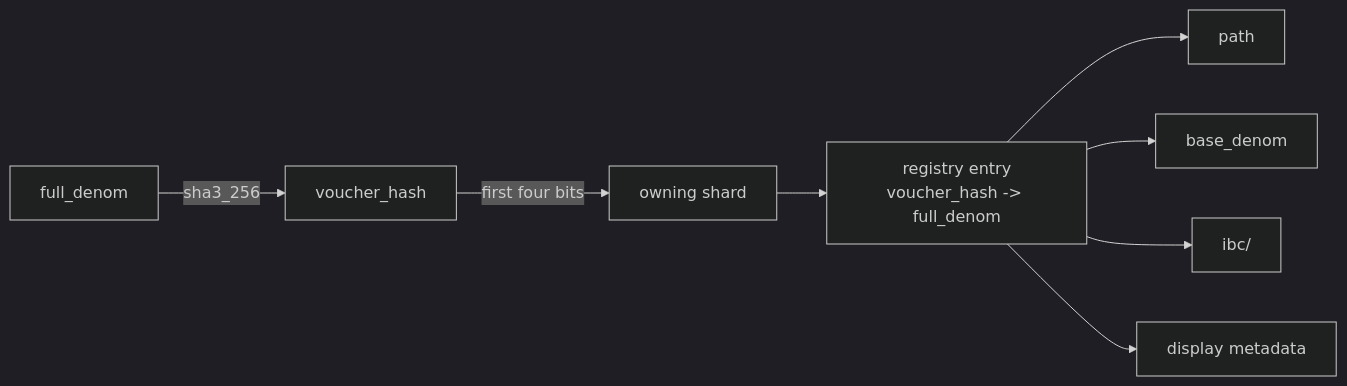
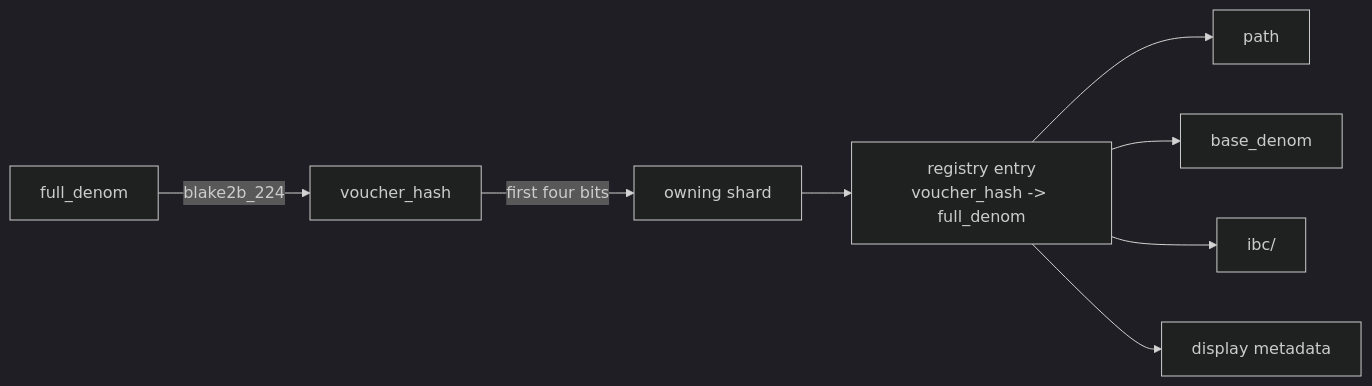
The first of 2 diagrams in docs/cardano-trace-registry.md (cardano-foundation/cardano-ibc-incubator), drawn with Mermaid (dark theme) before and after one commit. The commit also changed other lines of this file and 16 other files, not shown here.

````diff
--- a/docs/cardano-trace-registry.md
+++ b/docs/cardano-trace-registry.md
@@ -36,10 +36,10 @@
 ```mermaid
 flowchart LR
-  A["full_denom"] -->|"sha3_256"| B["voucher_hash"]
+  A["full_denom"] -->|"blake2b_224"| B["voucher_hash"]
   B -->|"first four bits"| C["owning shard"]
   C --> D["registry entry<br/>voucher_hash -> full_denom"]
   D --> E["path"]
   D --> F["base_denom"]
   D --> G["ibc/<hash>"]
   D --> H["display metadata"]
 ```
````
